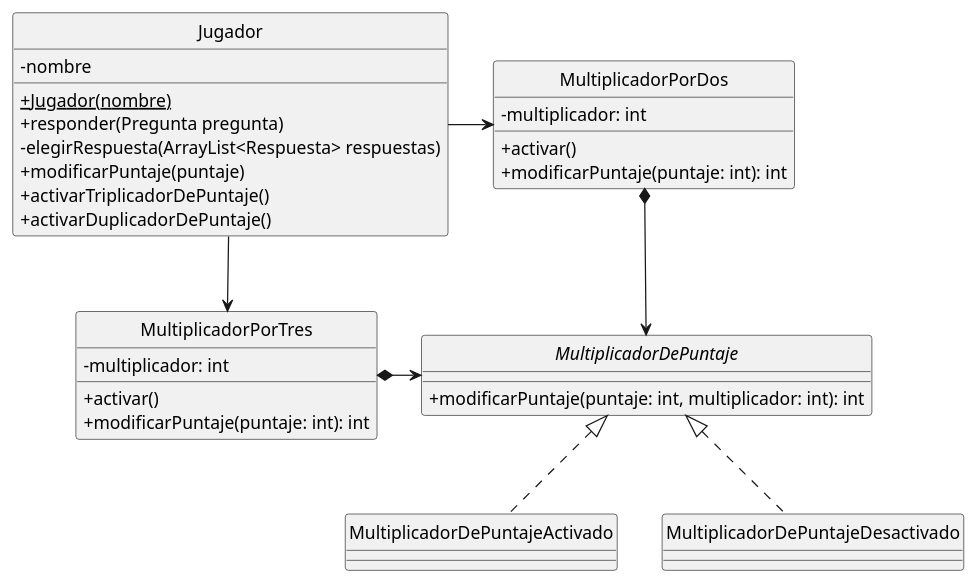
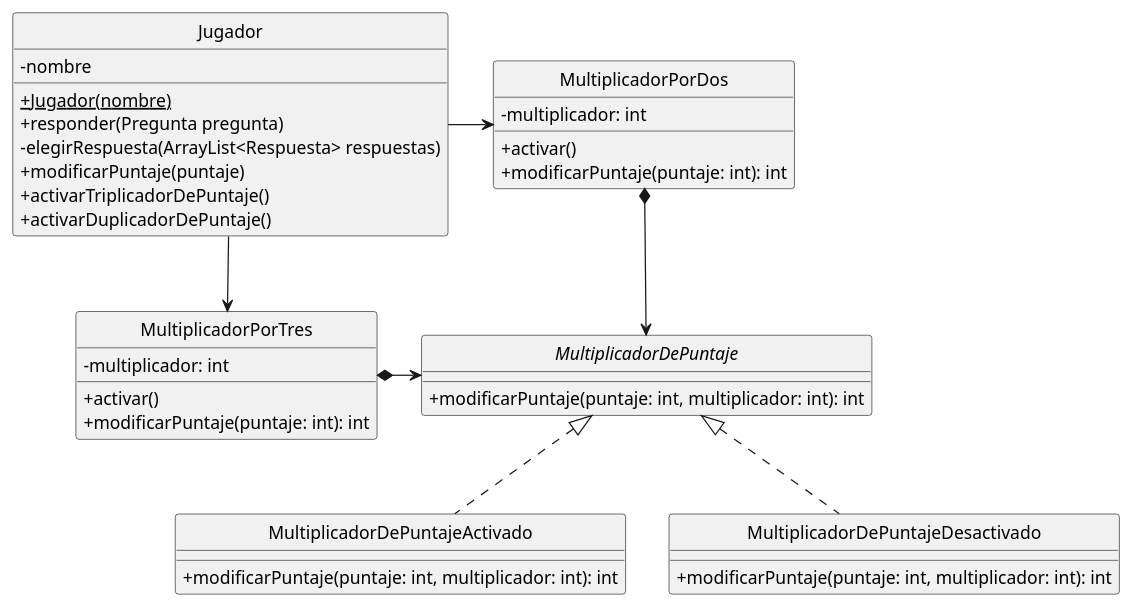
Before and after one commit to lorenzocabirta7/TP2-Algoritmos-y-Programacion-III: the diagram in diagrams/classes/Multiplicadores.puml, drawn with PlantUML. The commit also changed 3 other files, not shown here.

Commit message:
Cree Diagrama Clases Jugador y Anulador

```diff
--- a/diagrams/classes/Multiplicadores.puml
+++ b/diagrams/classes/Multiplicadores.puml
@@ -1,48 +1,48 @@
 @startuml
 'https://plantuml.com/class-diagram'
 hide circle
 skinparam classAttributeIconSize 0
 skinparam monochrome true
 
 class Jugador {
 
     -nombre
     +{static}Jugador(nombre)
     +responder(Pregunta pregunta)
     -elegirRespuesta(ArrayList<Respuesta> respuestas)
     +modificarPuntaje(puntaje)
     +activarTriplicadorDePuntaje()
     +activarDuplicadorDePuntaje()
 }
 
 Jugador -> MultiplicadorPorDos
 Jugador --> MultiplicadorPorTres
 
 class MultiplicadorPorDos {
     -multiplicador: int
     +activar()
     +modificarPuntaje(puntaje: int): int
 }
 MultiplicadorPorDos *-> MultiplicadorDePuntaje
 
 class MultiplicadorPorTres{
     -multiplicador: int
     +activar()
     +modificarPuntaje(puntaje: int): int
 }
 MultiplicadorPorTres *-> MultiplicadorDePuntaje
 
 interface MultiplicadorDePuntaje {
     +modificarPuntaje(puntaje: int, multiplicador: int): int
 }
 
 class MultiplicadorDePuntajeActivado implements MultiplicadorDePuntaje {
-
+    +modificarPuntaje(puntaje: int, multiplicador: int): int
 }
 
 class MultiplicadorDePuntajeDesactivado implements MultiplicadorDePuntaje {
-
+    +modificarPuntaje(puntaje: int, multiplicador: int): int
 }
 
 
 @enduml
```
